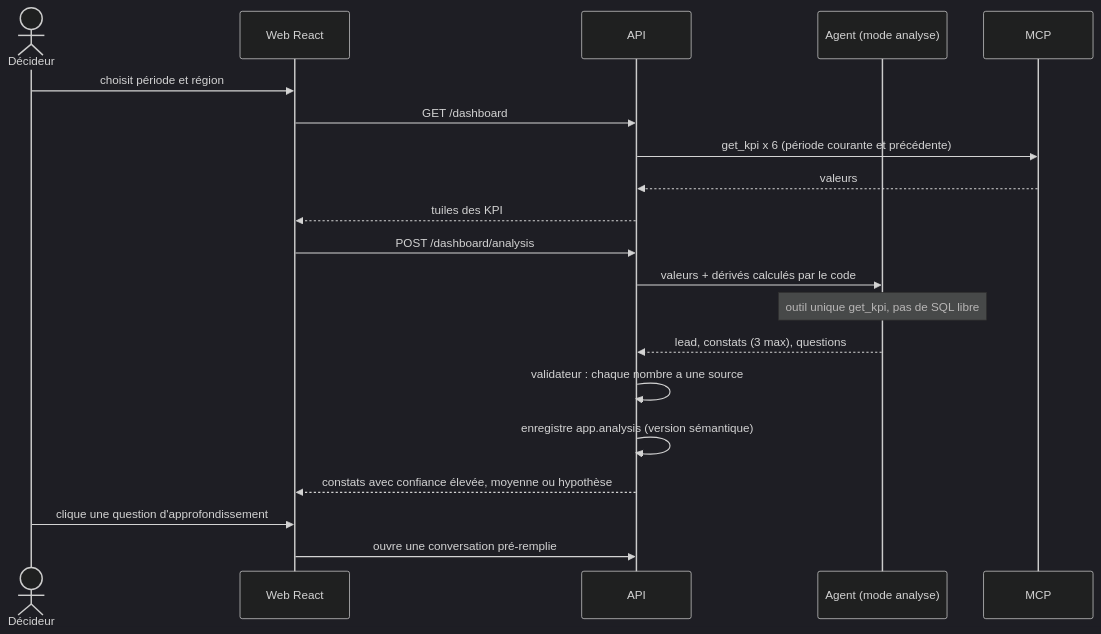
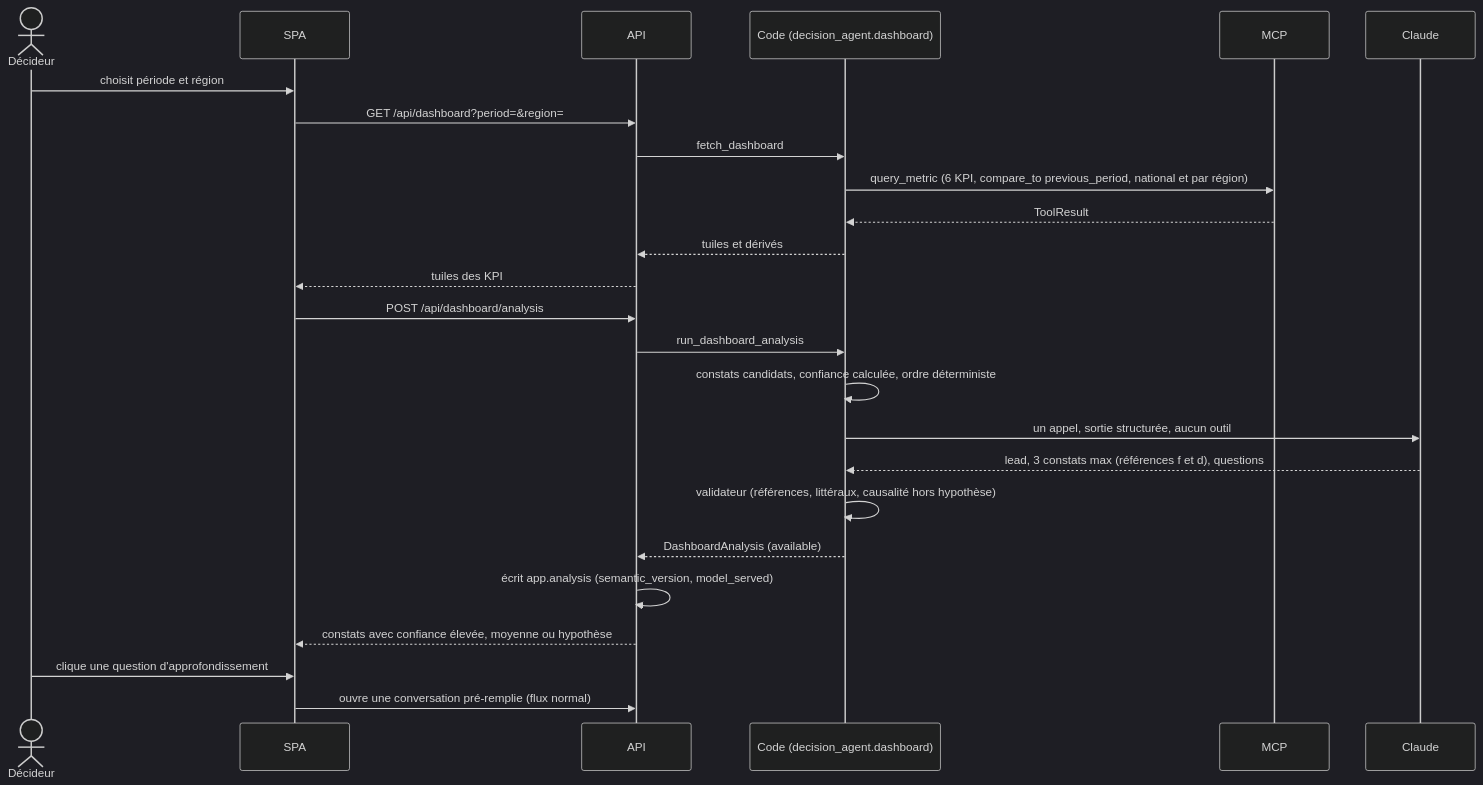
Before and after one commit to justefrank/decision-agent-IA: the diagram in docs/diagrams/09-analyse-tableau-de-bord.mmd, drawn with Mermaid (dark theme). The commit also changed 47 other files, not shown here.

First line of the commit message:
docs: passage en v5 (MVP, query_metric, citation par référence, évaluation sur le test seul, intégration Claude) et diagrammes re-rendus

```diff
--- a/docs/diagrams/09-analyse-tableau-de-bord.mmd
+++ b/docs/diagrams/09-analyse-tableau-de-bord.mmd
@@ -1,20 +1,25 @@
 sequenceDiagram
   actor D as Décideur
-  participant W as Web React
+  participant W as SPA
   participant A as API
-  participant G as Agent (mode analyse)
+  participant C as Code (decision_agent.dashboard)
   participant M as MCP
+  participant L as Claude
   D->>W: choisit période et région
-  W->>A: GET /dashboard
-  A->>M: get_kpi x 6 (période courante et précédente)
-  M-->>A: valeurs
+  W->>A: GET /api/dashboard?period=&region=
+  A->>C: fetch_dashboard
+  C->>M: query_metric (6 KPI, compare_to previous_period, national et par région)
+  M-->>C: ToolResult
+  C-->>A: tuiles et dérivés
   A-->>W: tuiles des KPI
-  W->>A: POST /dashboard/analysis
-  A->>G: valeurs + dérivés calculés par le code
-  Note over G: outil unique get_kpi, pas de SQL libre
-  G-->>A: lead, constats (3 max), questions
-  A->>A: validateur : chaque nombre a une source
-  A->>A: enregistre app.analysis (version sémantique)
+  W->>A: POST /api/dashboard/analysis
+  A->>C: run_dashboard_analysis
+  C->>C: constats candidats, confiance calculée, ordre déterministe
+  C->>L: un appel, sortie structurée, aucun outil
+  L-->>C: lead, 3 constats max (références f et d), questions
+  C->>C: validateur (références, littéraux, causalité hors hypothèse)
+  C-->>A: DashboardAnalysis (available)
+  A->>A: écrit app.analysis (semantic_version, model_served)
   A-->>W: constats avec confiance élevée, moyenne ou hypothèse
   D->>W: clique une question d'approfondissement
-  W->>A: ouvre une conversation pré-remplie
+  W->>A: ouvre une conversation pré-remplie (flux normal)
```
